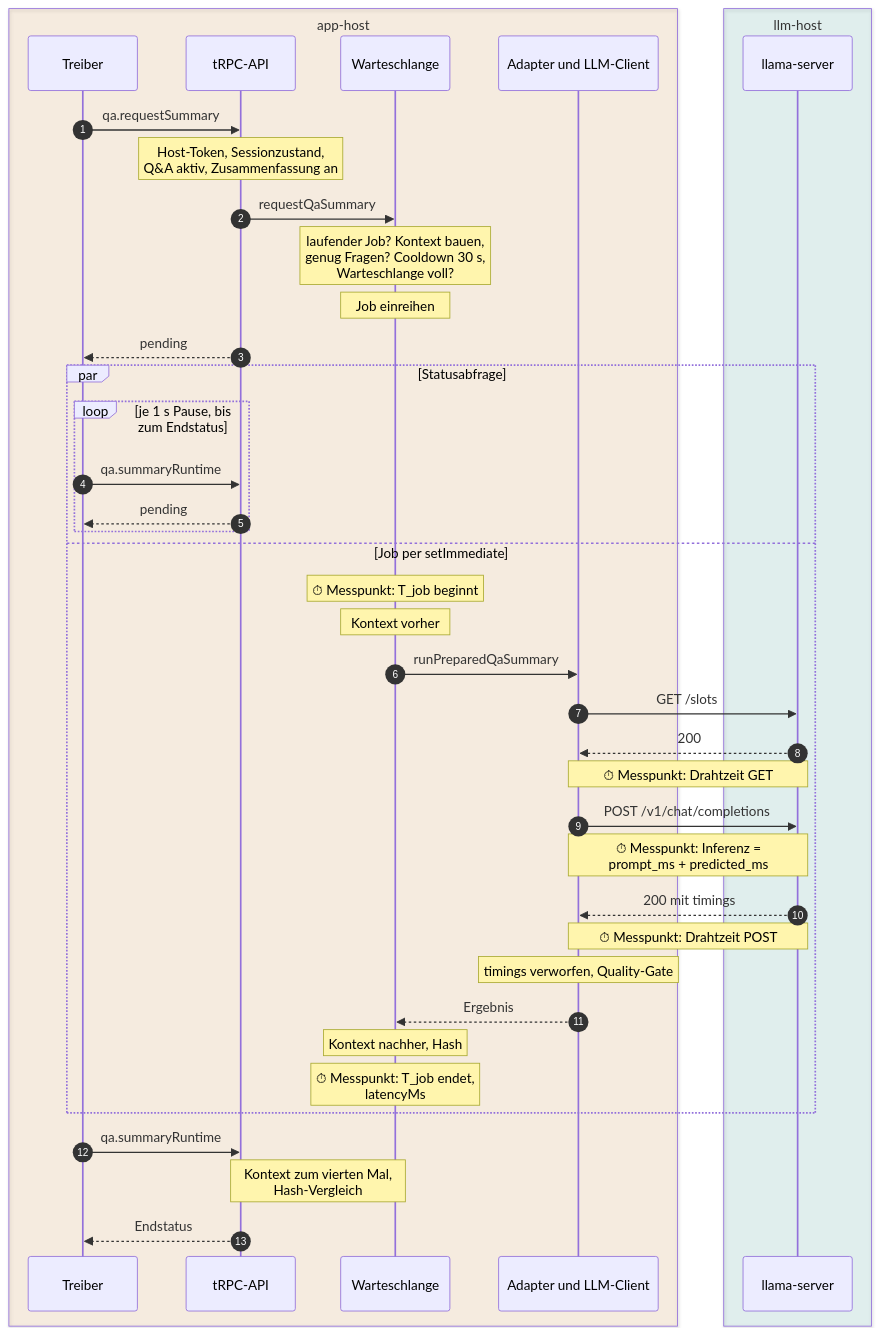
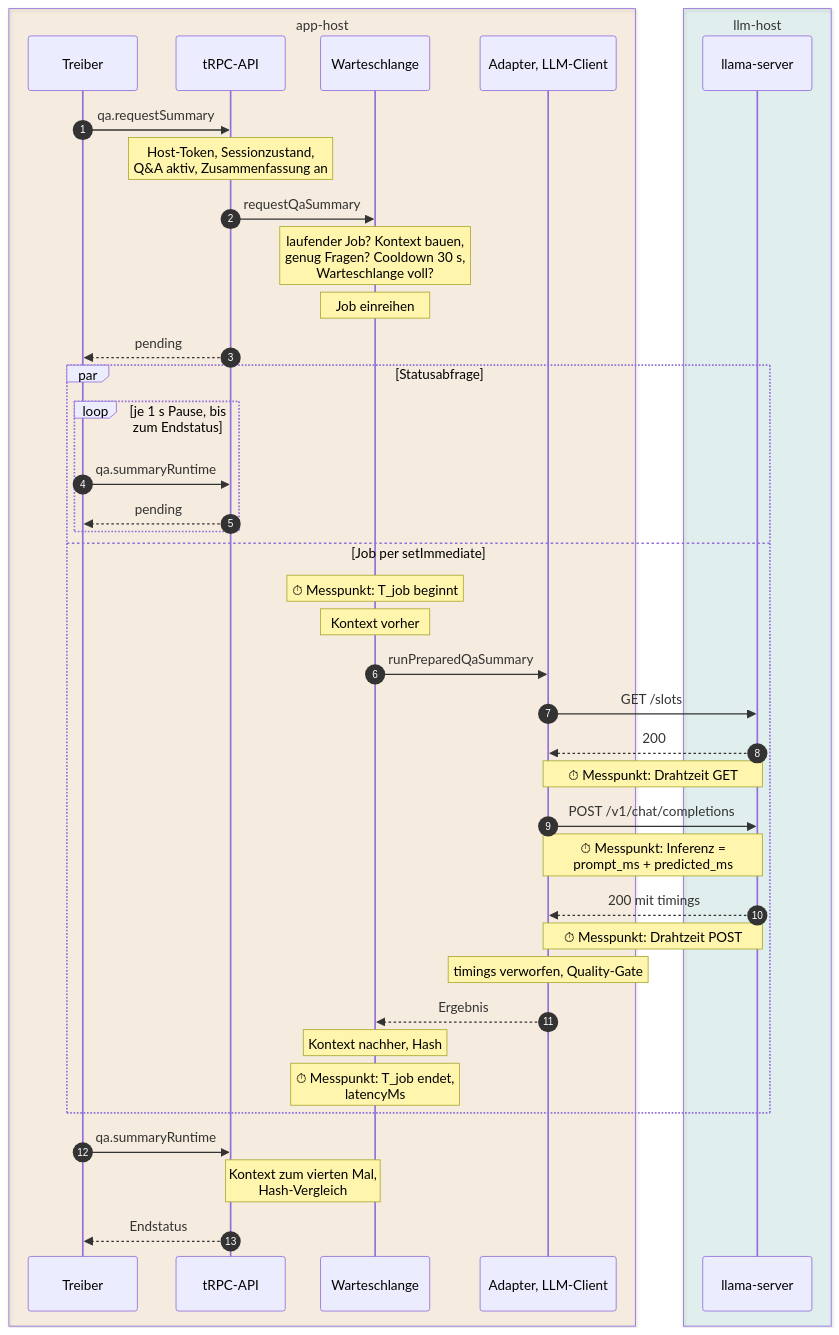
The diagram in docs/referat-thema-1/diagrams/1b-auftrag-sequenz.mmd (NiklasSkulll/arsnova.eu), drawn with Mermaid before and after one commit. The commit also changed 3 other files, not shown here.

Commit message:
docs(referat): align the 1B figure scales and explain the measuring points

```diff
--- a/docs/referat-thema-1/diagrams/1b-auftrag-sequenz.mmd
+++ b/docs/referat-thema-1/diagrams/1b-auftrag-sequenz.mmd
@@ -1,51 +1,51 @@
 ---
 config:
   sequence:
-    actorMargin: 24
+    actorMargin: 12
     boxMargin: 9
     noteMargin: 6
     messageMargin: 28
     width: 130
 ---
 sequenceDiagram
   autonumber
   box rgba(217, 119, 6, 0.10) app-host
     participant T as Treiber
     participant A as tRPC-API
     participant Q as Warteschlange
-    participant AD as Adapter und LLM-Client
+    participant AD as Adapter, LLM-Client
   end
   box rgba(13, 148, 136, 0.10) llm-host
     participant L as llama-server
   end
 
   T->>A: qa.requestSummary
   Note over A: Host-Token, Sessionzustand,<br/>Q&A aktiv, Zusammenfassung an
   A->>Q: requestQaSummary
   Note over Q: laufender Job? Kontext bauen,<br/>genug Fragen? Cooldown 30 s,<br/>Warteschlange voll?
   Note over Q: Job einreihen
   A-->>T: pending
   par Statusabfrage
     loop je 1 s Pause, bis zum Endstatus
       T->>A: qa.summaryRuntime
       A-->>T: pending
     end
   and Job per setImmediate
     Note over Q: ⏱ Messpunkt: T_job beginnt
     Note over Q: Kontext vorher
     Q->>AD: runPreparedQaSummary
     AD->>L: GET /slots
     L-->>AD: 200
     Note over AD,L: ⏱ Messpunkt: Drahtzeit GET
     AD->>L: POST /v1/chat/completions
     Note over AD,L: ⏱ Messpunkt: Inferenz =<br/>prompt_ms + predicted_ms
     L-->>AD: 200 mit timings
     Note over AD,L: ⏱ Messpunkt: Drahtzeit POST
     Note over AD: timings verworfen, Quality-Gate
     AD-->>Q: Ergebnis
     Note over Q: Kontext nachher, Hash
     Note over Q: ⏱ Messpunkt: T_job endet,<br/>latencyMs
   end
   T->>A: qa.summaryRuntime
   Note over A,Q: Kontext zum vierten Mal,<br/>Hash-Vergleich
   A-->>T: Endstatus
```
